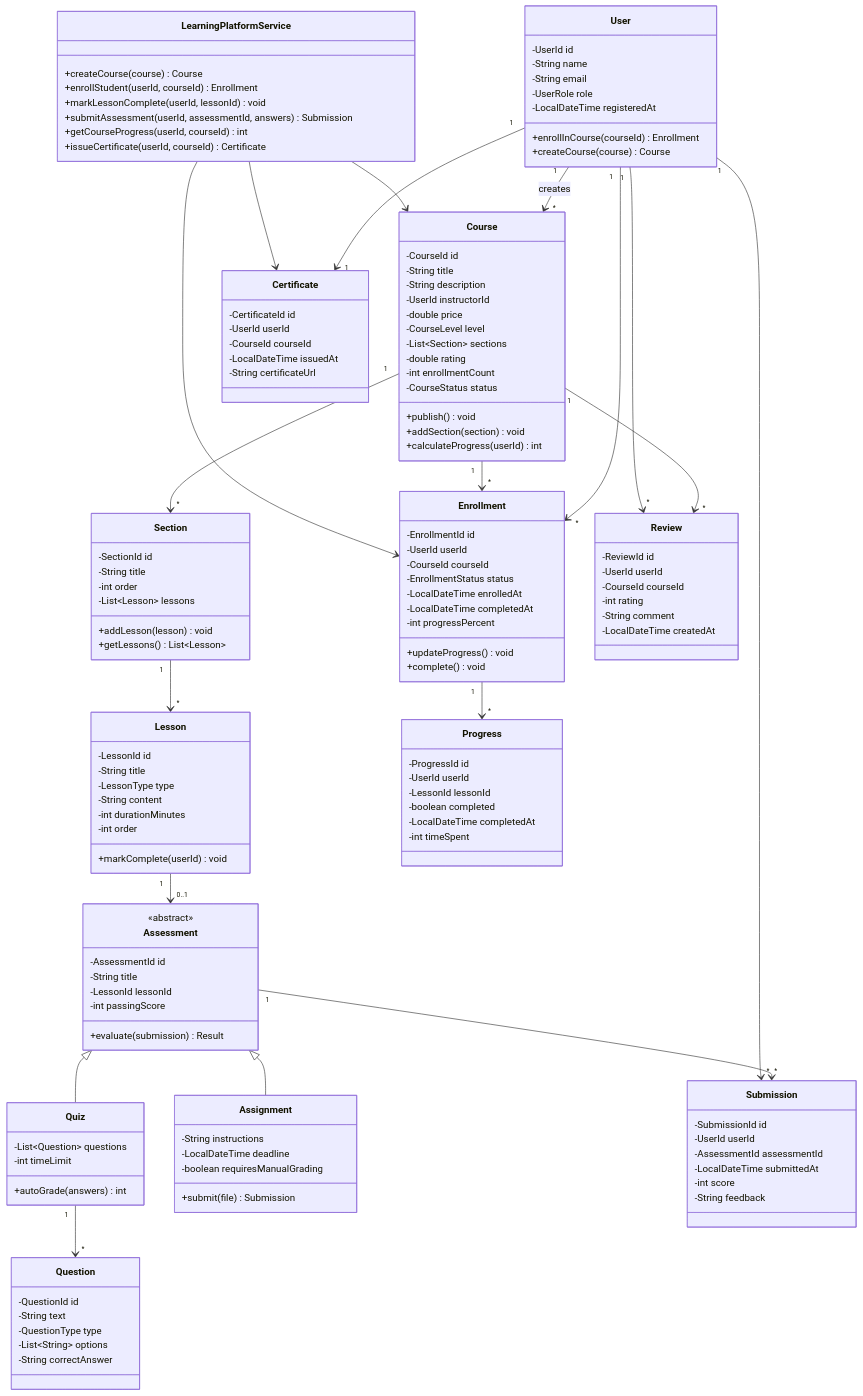
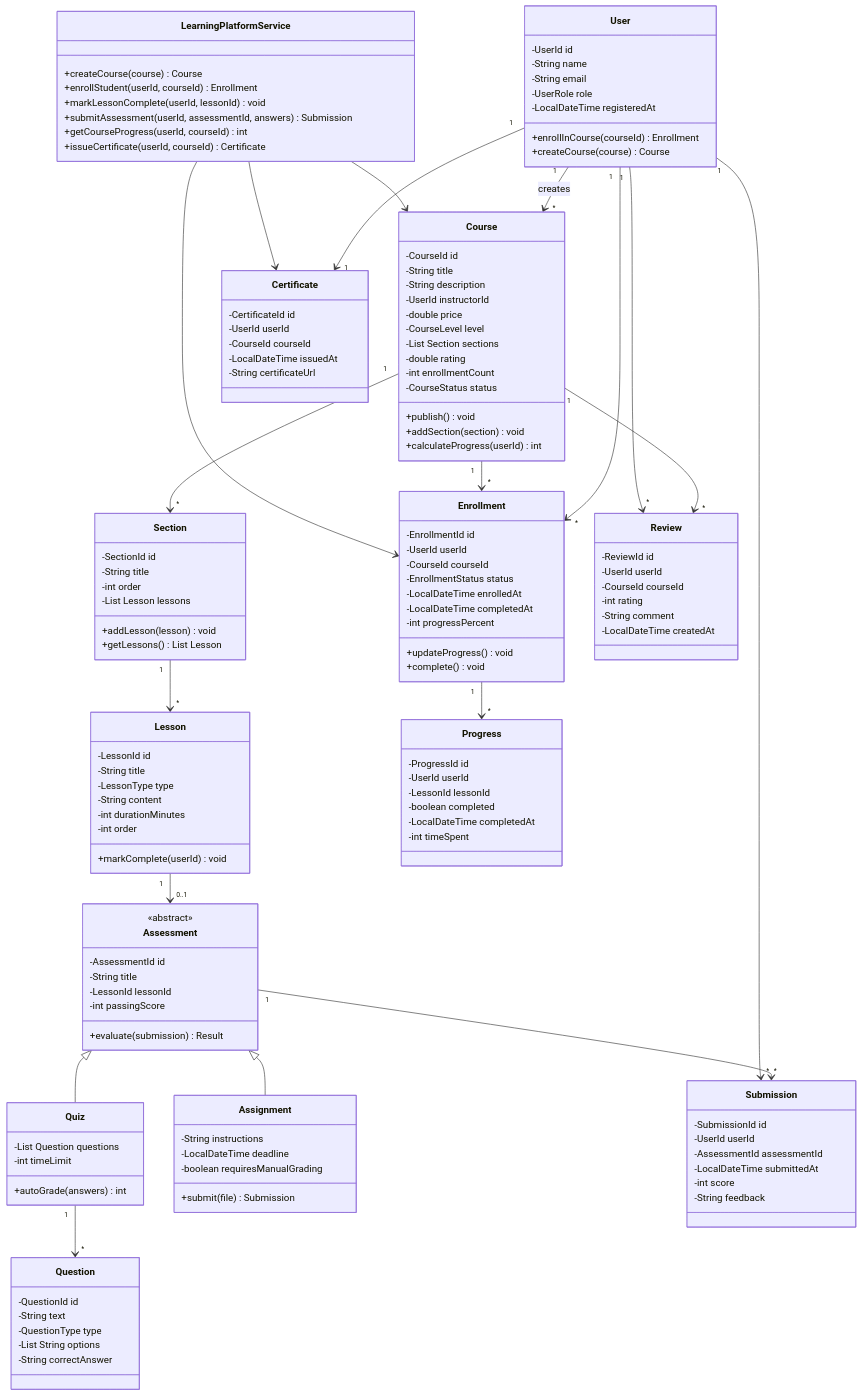
The diagram in docs/problems/learningplatform/README.md (dlkr18/lld-playbook), drawn with Mermaid before and after one commit. The commit also changed 26 other files, not shown here.

First line of the commit message:
Fix Mermaid v10 syntax errors in class diagrams.

```diff
--- a/docs/problems/learningplatform/README.md
+++ b/docs/problems/learningplatform/README.md
@@ -84,7 +84,7 @@
         -UserId instructorId
         -double price
         -CourseLevel level
-        -List~Section~ sections
+        -List Section sections
         -double rating
         -int enrollmentCount
         -CourseStatus status
@@ -97,9 +97,9 @@
         -SectionId id
         -String title
         -int order
-        -List~Lesson~ lessons
+        -List Lesson lessons
         +addLesson(lesson) void
-        +getLessons() List~Lesson~
+        +getLessons() List Lesson
     }
 
     class Lesson {
@@ -143,7 +143,7 @@
     }
 
     class Quiz {
-        -List~Question~ questions
+        -List Question questions
         -int timeLimit
         +autoGrade(answers) int
     }
@@ -159,7 +159,7 @@
         -QuestionId id
         -String text
         -QuestionType type
-        -List~String~ options
+        -List String options
         -String correctAnswer
     }
 
```
